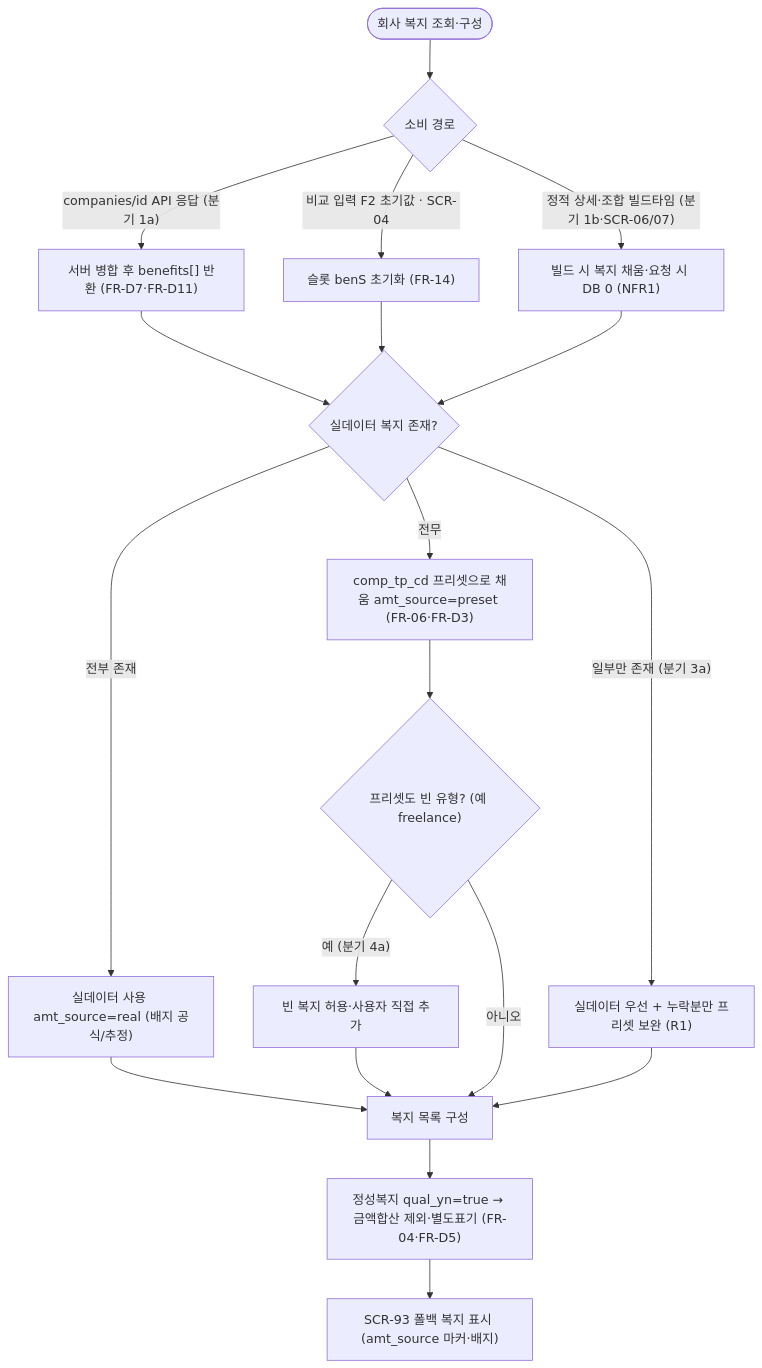
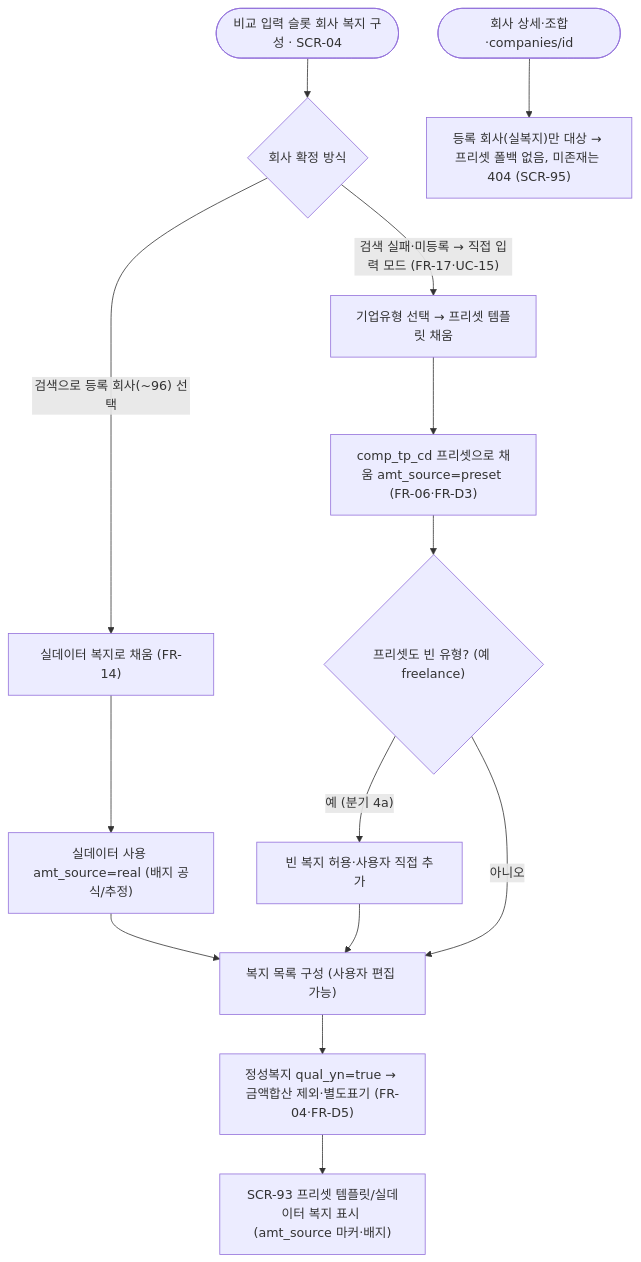
The fourth of 7 diagrams in docs/FLOW/08-오류-엣지-플로우.md (bji1062/loupit), drawn with Mermaid before and after one commit. The commit also changed other lines of this file and 2 other files, not shown here.

````diff
--- a/docs/FLOW/08-오류-엣지-플로우.md
+++ b/docs/FLOW/08-오류-엣지-플로우.md
@@ -352,21 +352,16 @@
 ```mermaid
 flowchart TD
-  A(["회사 복지 조회·구성"]) --> B{"소비 경로"}
-  B -->|"companies/id API 응답 (분기 1a)"| P1["서버 병합 후 benefits[] 반환 (FR-D7·FR-D11)"]
-  B -->|"비교 입력 F2 초기값 · SCR-04"| P2["슬롯 benS 초기화 (FR-14)"]
-  B -->|"정적 상세·조합 빌드타임 (분기 1b·SCR-06/07)"| P3["빌드 시 복지 채움·요청 시 DB 0 (NFR1)"]
-  P1 --> M{"실데이터 복지 존재?"}
-  P2 --> M
-  P3 --> M
-  M -->|"전부 존재"| REAL["실데이터 사용 amt_source=real (배지 공식/추정)"]
-  M -->|"전무"| PRE["comp_tp_cd 프리셋으로 채움 amt_source=preset (FR-06·FR-D3)"]
-  M -->|"일부만 존재 (분기 3a)"| MERGE["실데이터 우선 + 누락분만 프리셋 보완 (R1)"]
+  A(["비교 입력 슬롯 회사 복지 구성 · SCR-04"]) --> B{"회사 확정 방식"}
+  B -->|"검색으로 등록 회사(~96) 선택"| P1["실데이터 복지로 채움 (FR-14)"]
+  B -->|"검색 실패·미등록 → 직접 입력 모드 (FR-17·UC-15)"| P2["기업유형 선택 → 프리셋 템플릿 채움"]
+  P1 --> REAL["실데이터 사용 amt_source=real (배지 공식/추정)"]
+  P2 --> PRE["comp_tp_cd 프리셋으로 채움 amt_source=preset (FR-06·FR-D3)"]
   PRE --> Q{"프리셋도 빈 유형? (예 freelance)"}
   Q -->|"예 (분기 4a)"| VEMPTY["빈 복지 허용·사용자 직접 추가"]
-  Q -->|"아니오"| OUT["복지 목록 구성"]
+  Q -->|"아니오"| OUT["복지 목록 구성 (사용자 편집 가능)"]
   REAL --> OUT
-  MERGE --> OUT
   VEMPTY --> OUT
   OUT --> QUAL["정성복지 qual_yn=true → 금액합산 제외·별도표기 (FR-04·FR-D5)"]
-  QUAL --> Z["SCR-93 폴백 복지 표시 (amt_source 마커·배지)"]
+  QUAL --> Z["SCR-93 프리셋 템플릿/실데이터 복지 표시 (amt_source 마커·배지)"]
+  N(["회사 상세·조합·companies/id"]) --> NR["등록 회사(실복지)만 대상 → 프리셋 폴백 없음, 미존재는 404 (SCR-95)"]
 ```
````
